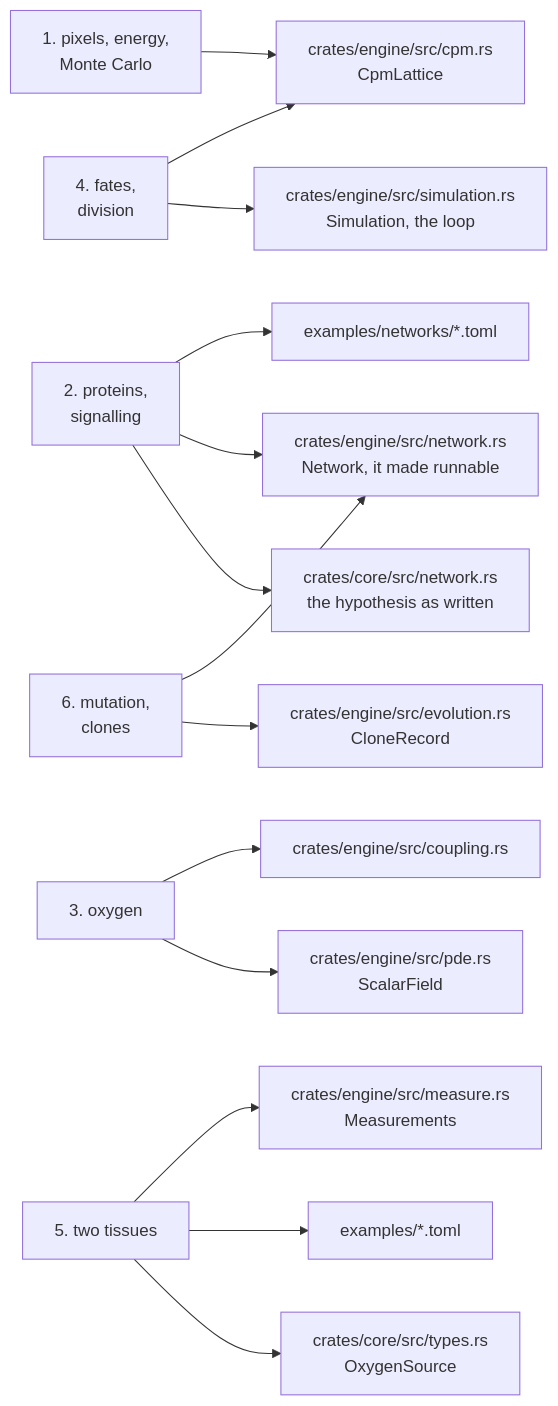
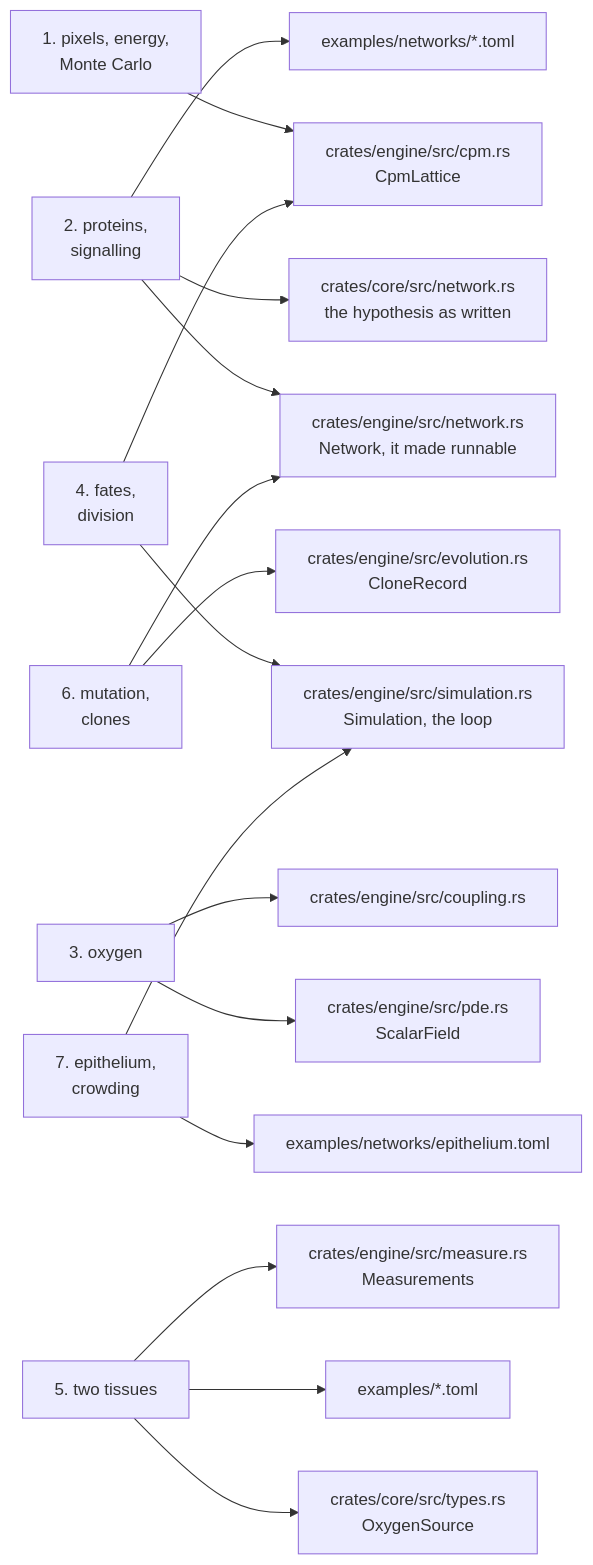
One commit to ngodzik/cellweave changed the diagram in docs/README.md. Above: the diagram before and after it, drawn with Mermaid. The commit also changed other lines of this file and 25 other files, not shown here.

````diff
--- a/docs/README.md
+++ b/docs/README.md
@@ -28,16 +29,18 @@
 ```mermaid
 flowchart LR
     c1["1. pixels, energy,<br/>Monte Carlo"] --> cpm["crates/engine/src/cpm.rs<br/>CpmLattice"]
     c2["2. proteins,<br/>signalling"] --> net["crates/core/src/network.rs<br/>the hypothesis as written"]
     c2 --> run["crates/engine/src/network.rs<br/>Network, it made runnable"]
     c2 --> files["examples/networks/*.toml"]
     c3["3. oxygen"] --> pde["crates/engine/src/pde.rs<br/>ScalarField"]
     c3 --> cpl["crates/engine/src/coupling.rs"]
     c4["4. fates,<br/>division"] --> sim["crates/engine/src/simulation.rs<br/>Simulation, the loop"]
     c4 --> cpm
     c5["5. two tissues"] --> cfg["crates/core/src/types.rs<br/>OxygenSource"]
     c5 --> ex["examples/*.toml"]
     c5 --> mea["crates/engine/src/measure.rs<br/>Measurements"]
     c6["6. mutation,<br/>clones"] --> evo["crates/engine/src/evolution.rs<br/>CloneRecord"]
     c6 --> run
+    c7["7. epithelium,<br/>crowding"] --> sim
+    c7 --> epi["examples/networks/epithelium.toml"]
 ```
````
